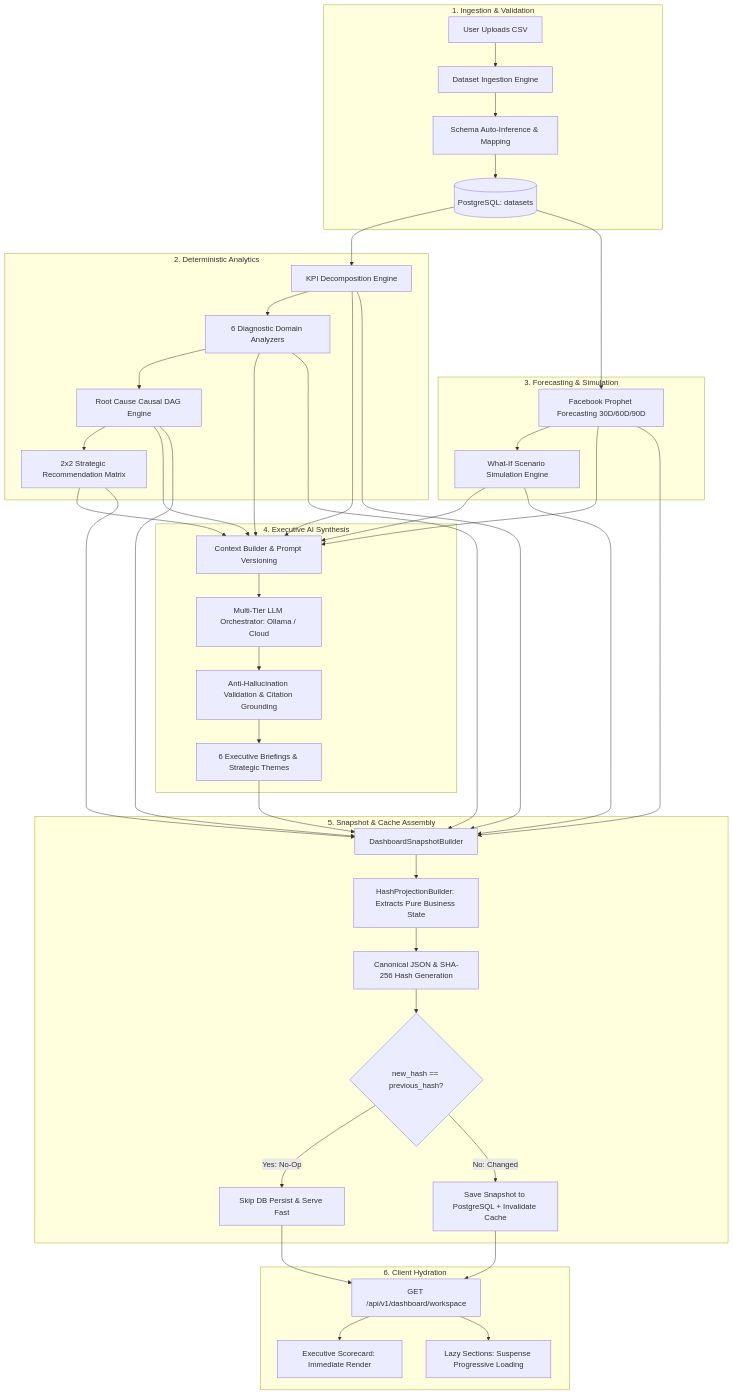
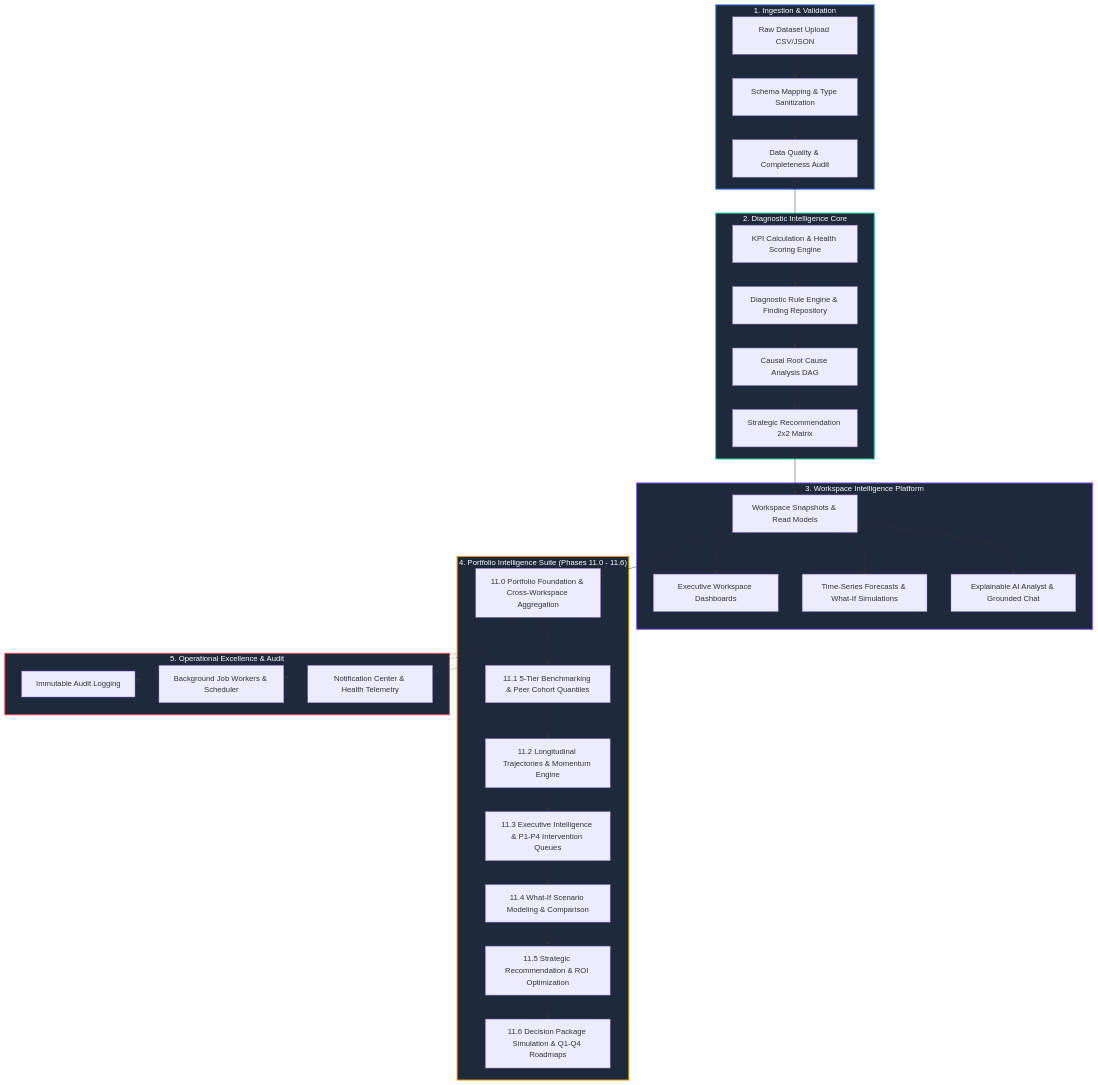
The first of 2 diagrams in README.md (Aaditgupta1234/DecisionOS), drawn with Mermaid before and after one commit. The commit also changed other lines of this file, not shown here.

Commit message:
Docs: Update flagship README with Phase 11.0-11.6 Portfolio Intelligence suite and recruiter showcase

````diff
--- a/README.md
+++ b/README.md
@@ -318,42 +86,43 @@
 ```mermaid
 flowchart TD
-    subgraph S1 ["1. Ingestion & Validation"]
-        A[User Uploads CSV] --> B[Dataset Ingestion Engine]
-        B --> C[Schema Auto-Inference & Mapping]
-        C --> D[(PostgreSQL: datasets)]
+    subgraph Ingestion["1. Ingestion & Validation"]
+        A[Raw Dataset Upload CSV/JSON] --> B[Schema Mapping & Type Sanitization]
+        B --> C[Data Quality & Completeness Audit]
     end
 
-    subgraph S2 ["2. Deterministic Analytics"]
-        D --> E[KPI Decomposition Engine]
-        E --> F[6 Diagnostic Domain Analyzers]
-        F --> G[Root Cause Causal DAG Engine]
-        G --> H[2x2 Strategic Recommendation Matrix]
+    subgraph DiagnosticCore["2. Diagnostic Intelligence Core"]
+        C --> D[KPI Calculation & Health Scoring Engine]
+        D --> E[Diagnostic Rule Engine & Finding Repository]
+        E --> F[Causal Root Cause Analysis DAG]
+        F --> G[Strategic Recommendation 2x2 Matrix]
     end
 
-    subgraph S3 ["3. Forecasting & Simulation"]
-        D --> I[Facebook Prophet Forecasting 30D/60D/90D]
-        I --> J[What-If Scenario Simulation Engine]
+    subgraph WorkspacePlatform["3. Workspace Intelligence Platform"]
+        G --> H[Workspace Snapshots & Read Models]
+        H --> I[Executive Workspace Dashboards]
+        H --> J[Time-Series Forecasts & What-If Simulations]
+        H --> K[Explainable AI Analyst & Grounded Chat]
     end
 
-    subgraph S4 ["4. Executive AI Synthesis"]
-        E & F & G & H & I & J --> K[Context Builder & Prompt Versioning]
-        K --> L[Multi-Tier LLM Orchestrator: Ollama / Cloud]
-        L --> M[Anti-Hallucination Validation & Citation Grounding]
-        M --> N[6 Executive Briefings & Strategic Themes]
+    subgraph PortfolioSuite["4. Portfolio Intelligence Suite (Phases 11.0 - 11.6)"]
+        H --> L[11.0 Portfolio Foundation & Cross-Workspace Aggregation]
+        L --> M[11.1 5-Tier Benchmarking & Peer Cohort Quantiles]
+        M --> N[11.2 Longitudinal Trajectories & Momentum Engine]
+        N --> O[11.3 Executive Intelligence & P1-P4 Intervention Queues]
+        O --> P[11.4 What-If Scenario Modeling & Comparison]
+        P --> Q[11.5 Strategic Recommendation & ROI Optimization]
+        Q --> R[11.6 Decision Package Simulation & Q1-Q4 Roadmaps]
     end
 
-    subgraph S5 ["5. Snapshot & Cache Assembly"]
-        E & F & G & H & I & J & N --> O[DashboardSnapshotBuilder]
-        O --> P[HashProjectionBuilder: Extracts Pure Business State]
-        P --> Q[Canonical JSON & SHA-256 Hash Generation]
-        Q --> R{new_hash == previous_hash?}
-        R -->|Yes: No-Op| S[Skip DB Persist & Serve Fast]
-        R -->|No: Changed| T[Save Snapshot to PostgreSQL + Invalidate Cache]
+    subgraph OperationalLayer["5. Operational Excellence & Audit"]
+        L -.-> S[Immutable Audit Logging]
+        L -.-> T[Background Job Workers & Scheduler]
+        L -.-> U[Notification Center & Health Telemetry]
     end
 
-    subgraph S6 ["6. Client Hydration"]
-        S & T --> U[GET /api/v1/dashboard/workspace]
-        U --> V[Executive Scorecard: Immediate Render]
-        U --> W[Lazy Sections: Suspense Progressive Loading]
-    end
+    style Ingestion fill:#1e293b,stroke:#3b82f6,stroke-width:2px,color:#fff
+    style DiagnosticCore fill:#1e293b,stroke:#10b981,stroke-width:2px,color:#fff
+    style WorkspacePlatform fill:#1e293b,stroke:#8b5cf6,stroke-width:2px,color:#fff
+    style PortfolioSuite fill:#1e293b,stroke:#f59e0b,stroke-width:2px,color:#fff
+    style OperationalLayer fill:#1e293b,stroke:#ef4444,stroke-width:2px,color:#fff
 ```
````
